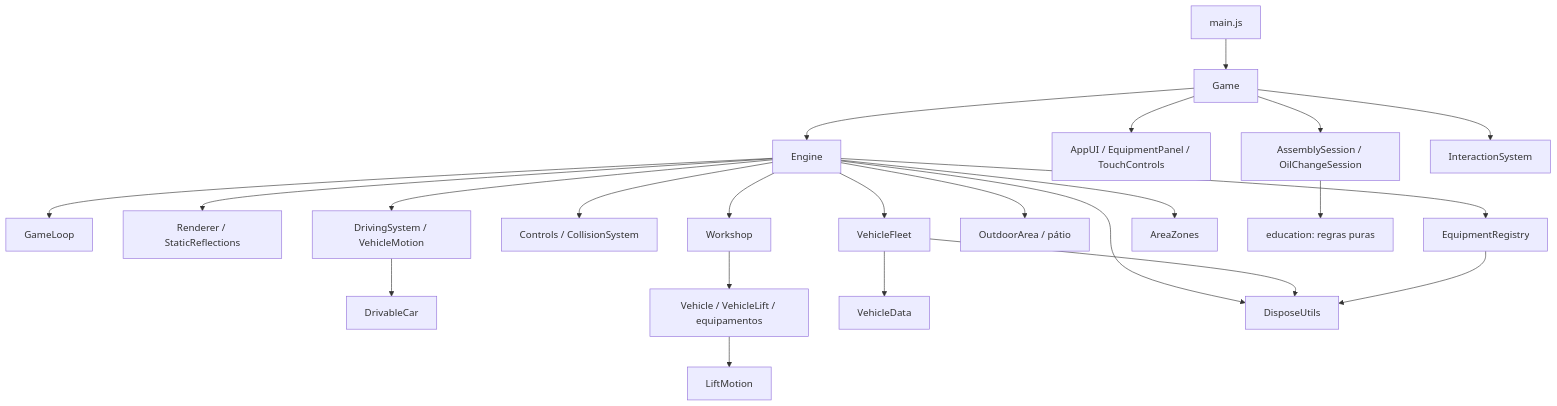
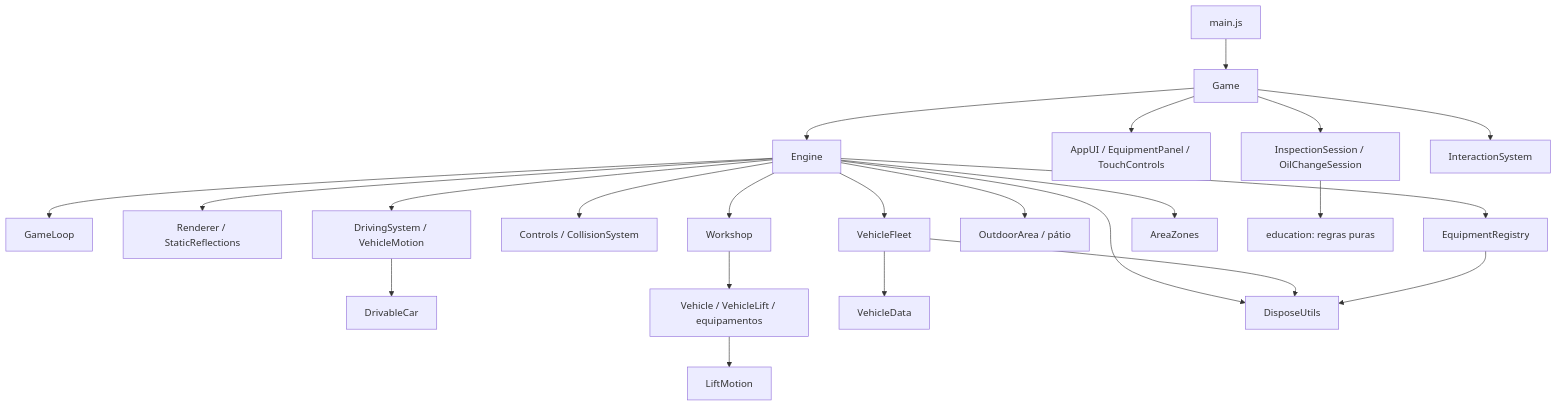
One commit to joao-droid456/Projeto-Automotivo2 changed the diagram in docs/arquitetura.md. Above: the diagram before and after it, drawn with Mermaid. The commit also changed other lines of this file and 34 other files, not shown here.

````diff
--- a/docs/arquitetura.md
+++ b/docs/arquitetura.md
@@ -7,25 +7,25 @@
 ```mermaid
 flowchart TD
   main[main.js] --> Game
   Game --> Engine
   Game --> UI[AppUI / EquipmentPanel / TouchControls]
-  Game --> Sessions[AssemblySession / OilChangeSession]
+  Game --> Sessions[InspectionSession / OilChangeSession]
   Game --> InteractionSystem
   Engine --> GameLoop
   Engine --> Graphics[Renderer / StaticReflections]
   Engine --> Workshop
   Engine --> Player[Controls / CollisionSystem]
   Engine --> EquipmentRegistry
   Engine --> VehicleFleet
   Engine --> Outdoor[OutdoorArea / pátio]
   Engine --> Driving[DrivingSystem / VehicleMotion]
   Engine --> Zones[AreaZones]
   Driving --> DrivableCar
   Workshop --> Objects[Vehicle / VehicleLift / equipamentos]
   Objects --> LiftMotion
   Sessions --> Rules[education: regras puras]
   VehicleFleet --> VehicleData
   Engine --> DisposeUtils
   VehicleFleet --> DisposeUtils
   EquipmentRegistry --> DisposeUtils
 ```
````
